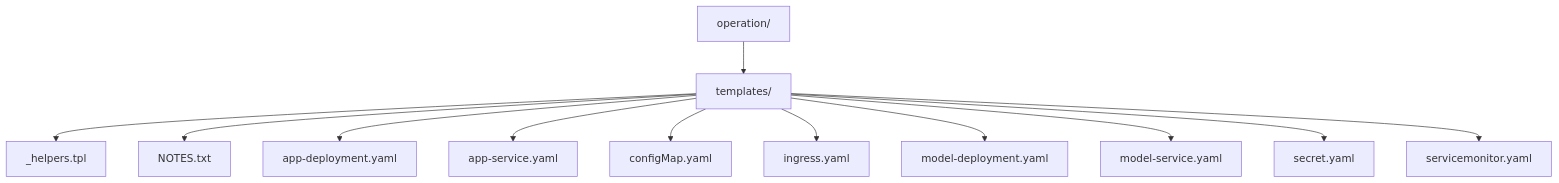
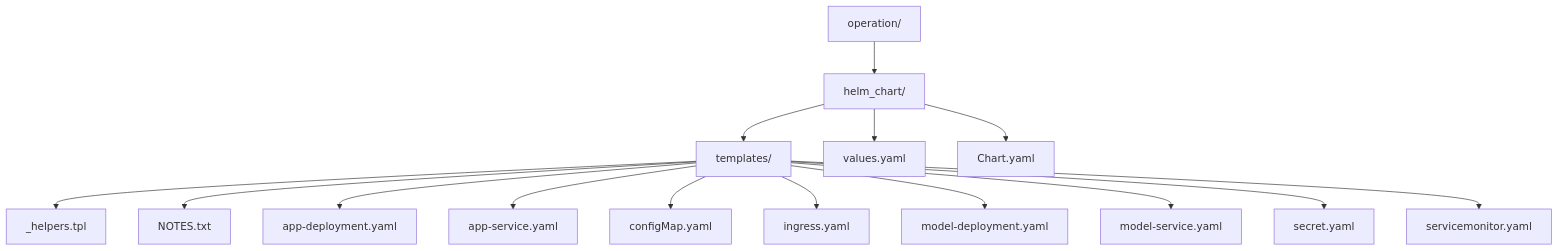
The first of 3 diagrams in docs/deployment.md (remla25-team1/operation), drawn with Mermaid before and after one commit. The commit also changed other lines of this file and 3 other files, not shown here.

````diff
--- a/docs/deployment.md
+++ b/docs/deployment.md
@@ -7,14 +7,17 @@
 ```mermaid
 graph TD
-  A[operation/] --> B[templates/]
-  B --> B1[_helpers.tpl]
-  B --> B2[NOTES.txt]
-  B --> B3[app-deployment.yaml]
-  B --> B4[app-service.yaml]
-  B --> B5[configMap.yaml]
-  B --> B6[ingress.yaml]
-  B --> B7[model-deployment.yaml]
-  B --> B8[model-service.yaml]
-  B --> B9[secret.yaml]
-  B --> B10[servicemonitor.yaml]
+  A[operation/] --> B[helm_chart/]
+  B --> C[templates/]
+  C --> C1[_helpers.tpl]
+  C --> C2[NOTES.txt]
+  C --> C3[app-deployment.yaml]
+  C --> C4[app-service.yaml]
+  C --> C5[configMap.yaml]
+  C --> C6[ingress.yaml]
+  C --> C7[model-deployment.yaml]
+  C --> C8[model-service.yaml]
+  C --> C9[secret.yaml]
+  C --> C10[servicemonitor.yaml]
+  B --> D[values.yaml]
+  B --> E[Chart.yaml]
 ```
````
